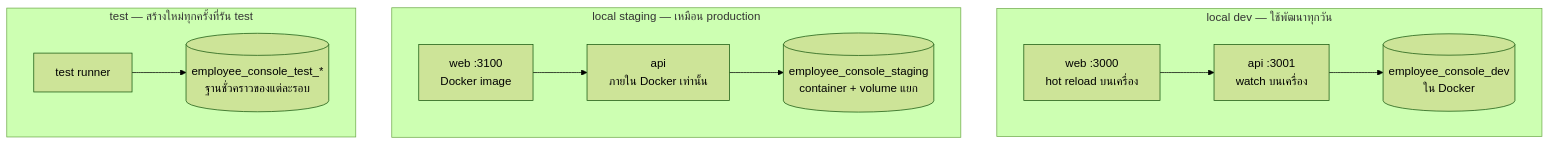
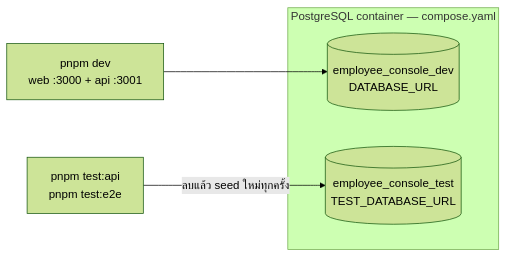
Before and after one commit to sittipong-hemloun/helius-tech-test: the third of 3 diagrams in docs/learn/01-big-picture.md, drawn with Mermaid (forest theme). The commit also changed other lines of this file and 180 other files, not shown here.

First line of the commit message:
refactor: simplify to plain NestJS + Next.js employee console

````diff
--- a/docs/learn/01-big-picture.md
+++ b/docs/learn/01-big-picture.md
@@ -175,15 +167,9 @@
 ```mermaid
-flowchart TB
-    subgraph DEV["local dev — ใช้พัฒนาทุกวัน"]
-        direction LR
-        dw["web :3000<br/>hot reload บนเครื่อง"] --> da["api :3001<br/>watch บนเครื่อง"] --> dd[("employee_console_dev<br/>ใน Docker")]
+flowchart LR
+    subgraph PG["PostgreSQL container — compose.yaml"]
+        DEV[("employee_console_dev<br/>DATABASE_URL")]
+        TEST[("employee_console_test<br/>TEST_DATABASE_URL")]
     end
-    subgraph STG["local staging — เหมือน production"]
-        direction LR
-        sw["web :3100<br/>Docker image"] --> sa["api<br/>ภายใน Docker เท่านั้น"] --> sd[("employee_console_staging<br/>container + volume แยก")]
-    end
-    subgraph TEST["test — สร้างใหม่ทุกครั้งที่รัน test"]
-        direction LR
-        tr["test runner"] --> td[("employee_console_test_*<br/>ฐานชั่วคราวของแต่ละรอบ")]
-    end
+    D["pnpm dev<br/>web :3000 + api :3001"] --> DEV
+    T["pnpm test:api<br/>pnpm test:e2e"] -->|"ลบแล้ว seed ใหม่ทุกครั้ง"| TEST
 ```
````
